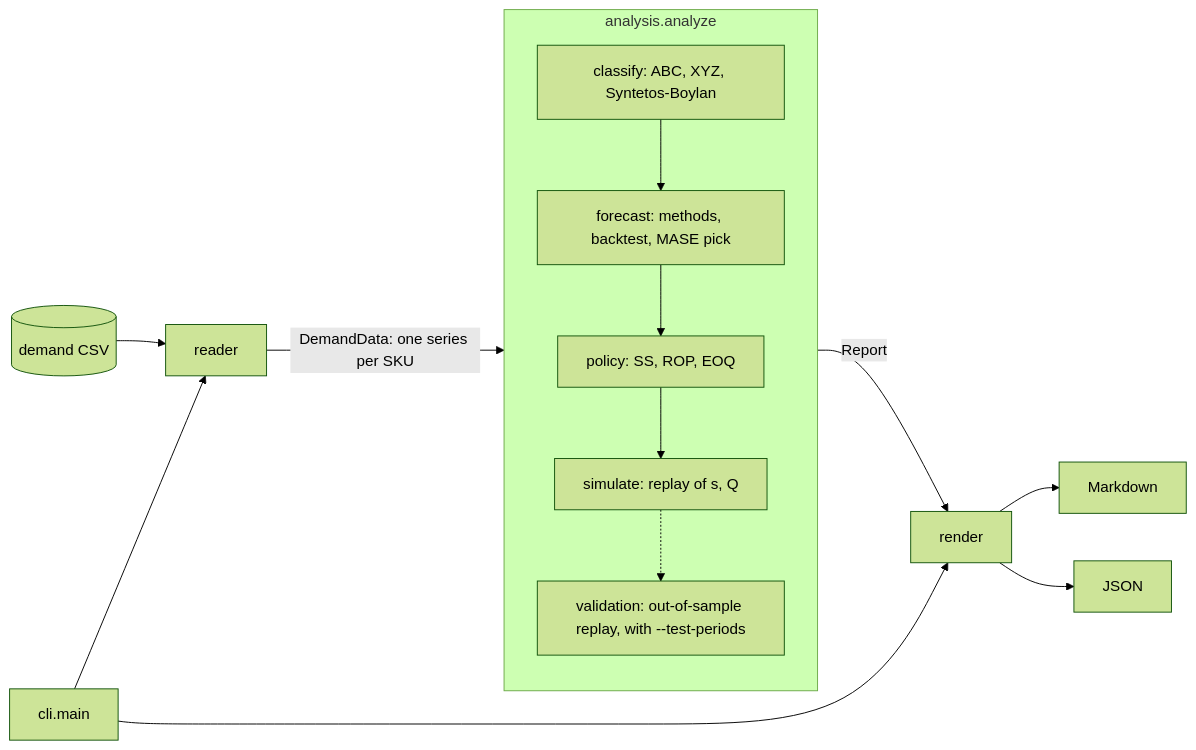
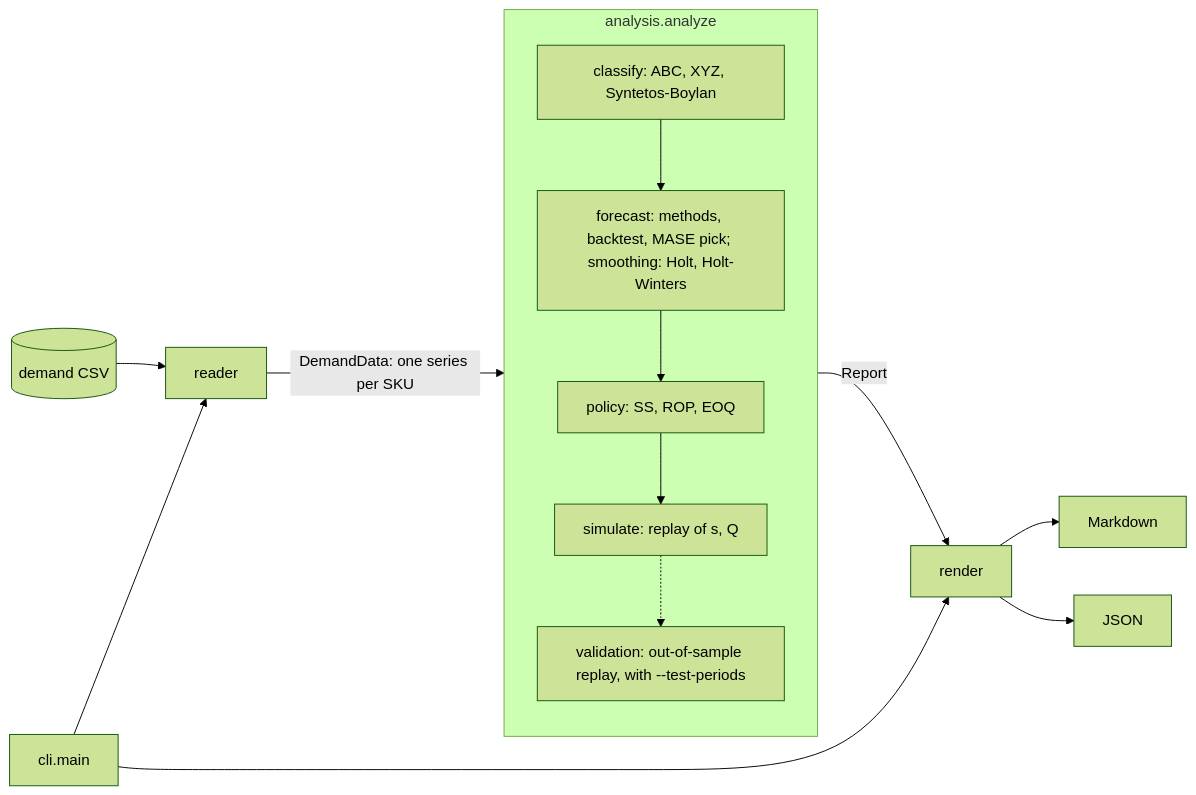
The diagram in README.md (rodrix91/inventory-policy-lab), drawn with Mermaid (forest theme) before and after one commit. The commit also changed other lines of this file and 2 other files, not shown here.

````diff
--- a/README.md
+++ b/README.md
@@ -331,19 +377,19 @@
 ```mermaid
 flowchart LR
     CSV[(demand CSV)] --> reader
     reader -->|DemandData: one series per SKU| analysis
     subgraph analysis [analysis.analyze]
         classify[classify: ABC, XYZ, Syntetos-Boylan]
-        forecast[forecast: methods, backtest, MASE pick]
+        forecast[forecast: methods, backtest, MASE pick; smoothing: Holt, Holt-Winters]
         policy[policy: SS, ROP, EOQ]
         simulate[simulate: replay of s, Q]
         validation[validation: out-of-sample replay, with --test-periods]
         classify --> forecast --> policy --> simulate
         simulate -.-> validation
     end
     analysis -->|Report| render
     render --> MD[Markdown]
     render --> JSON[JSON]
     cli[cli.main] --> reader
     cli --> render
 ```
````
